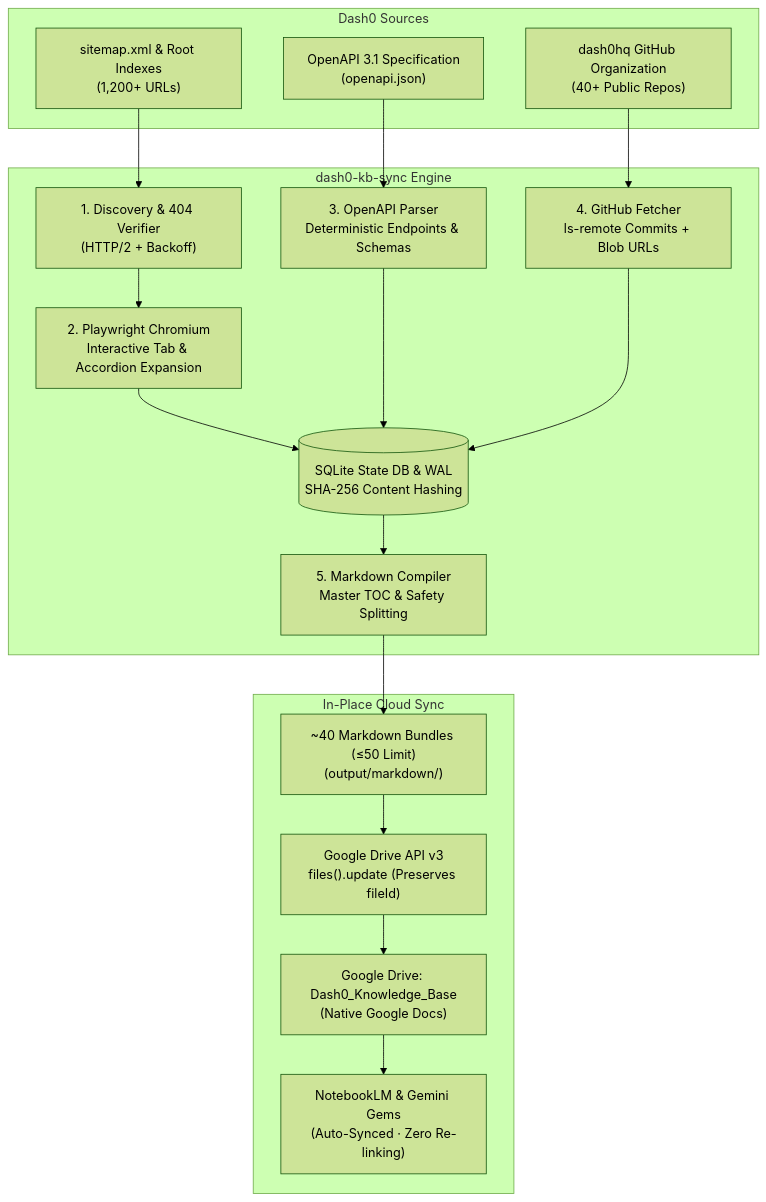
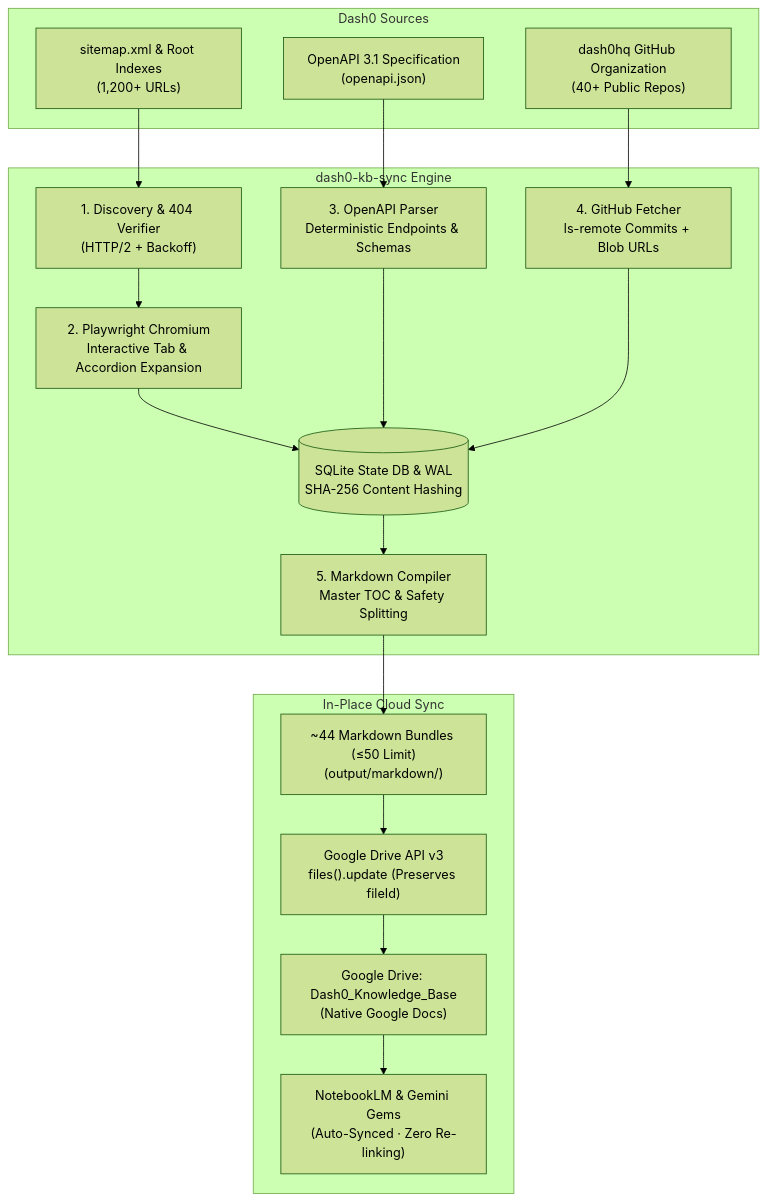
The diagram in README.md (derrypete/dash0-kb-sync), drawn with Mermaid (forest theme) before and after one commit. The commit also changed 3 other files, not shown here.

````diff
--- a/README.md
+++ b/README.md
@@ -9,39 +9,39 @@
 ```mermaid
 flowchart TD
     subgraph Sources["Dash0 Sources"]
         SM["sitemap.xml & Root Indexes<br/>(1,200+ URLs)"]
         API["OpenAPI 3.1 Specification<br/>(openapi.json)"]
         GH["dash0hq GitHub Organization<br/>(40+ Public Repos)"]
     end
 
     subgraph Pipeline["dash0-kb-sync Engine"]
         DISC["1. Discovery & 404 Verifier<br/>(HTTP/2 + Backoff)"]
         EXT["2. Playwright Chromium<br/>Interactive Tab & Accordion Expansion"]
         SPEC["3. OpenAPI Parser<br/>Deterministic Endpoints & Schemas"]
         FETCH["4. GitHub Fetcher<br/>ls-remote Commits + Blob URLs"]
         DB[("SQLite State DB & WAL<br/>SHA-256 Content Hashing")]
         COMP["5. Markdown Compiler<br/>Master TOC & Safety Splitting"]
     end
 
     subgraph Output["In-Place Cloud Sync"]
-        BNDL["~40 Markdown Bundles (≤50 Limit)<br/>(output/markdown/)"]
+        BNDL["~44 Markdown Bundles (≤50 Limit)<br/>(output/markdown/)"]
         GDRV["Google Drive API v3<br/>files().update (Preserves fileId)"]
         GDOC["Google Drive: Dash0_Knowledge_Base<br/>(Native Google Docs)"]
         NLM["NotebookLM & Gemini Gems<br/>(Auto-Synced · Zero Re-linking)"]
     end
 
     SM --> DISC
     DISC --> EXT
     API --> SPEC
     GH --> FETCH
 
     EXT --> DB
     SPEC --> DB
     FETCH --> DB
 
     DB --> COMP
     COMP --> BNDL
     BNDL --> GDRV
     GDRV --> GDOC
     GDOC --> NLM
 ```
````
